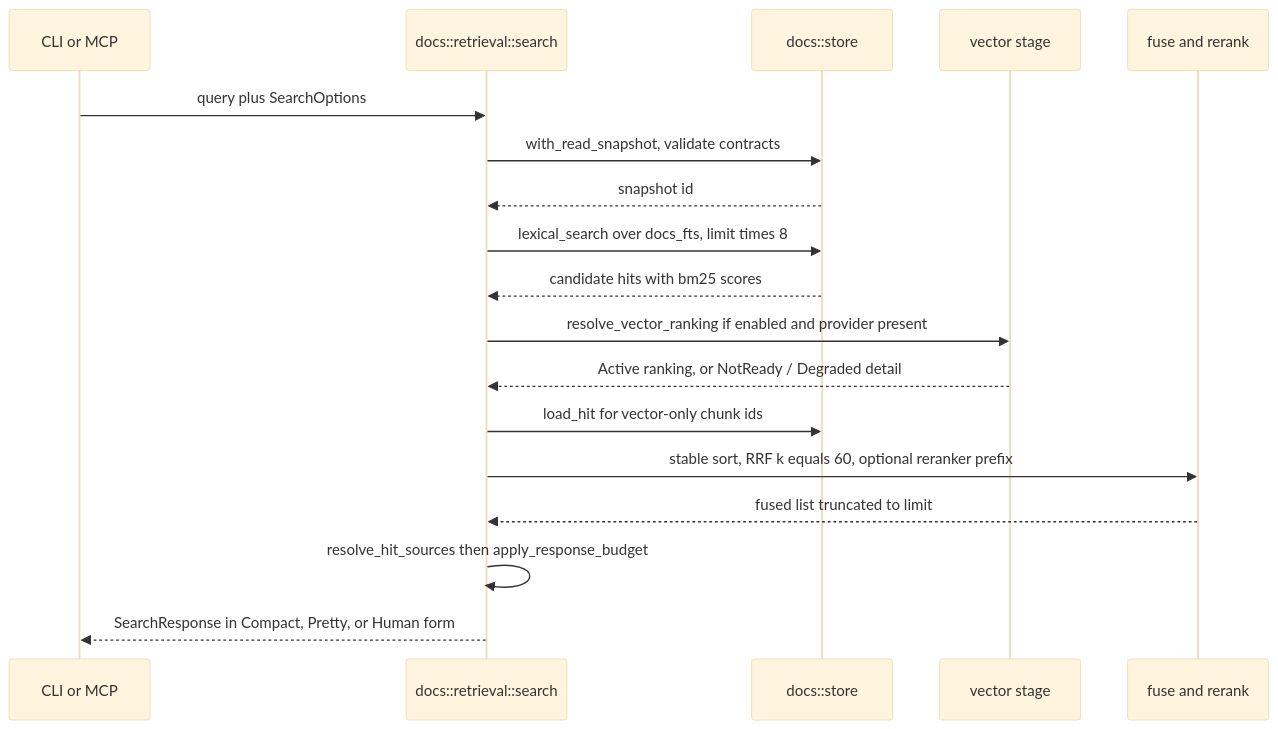
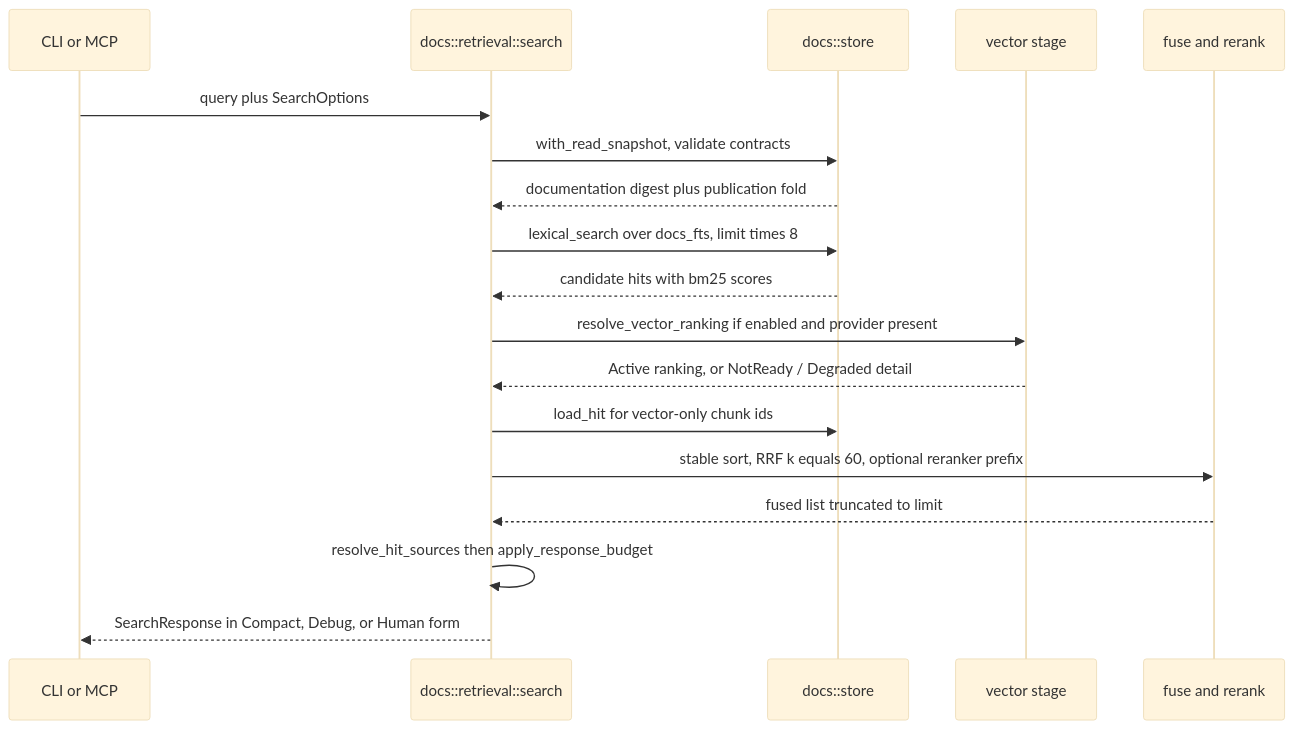
Before and after one commit to iantocristian/jscout: the third of 3 diagrams in docs/codebase-analysis/04-documentation-retrieval.md, drawn with Mermaid (base theme). The commit also changed other lines of this file and 10 other files, not shown here.

Commit message:
docs: refresh architecture analysis for plane identities

````diff
--- a/docs/codebase-analysis/04-documentation-retrieval.md
+++ b/docs/codebase-analysis/04-documentation-retrieval.md
@@ -122,20 +122,20 @@
 ```mermaid
 sequenceDiagram
   participant Caller as CLI or MCP
   participant Search as docs::retrieval::search
   participant Store as docs::store
   participant Vec as vector stage
   participant Rank as fuse and rerank
   Caller->>Search: query plus SearchOptions
   Search->>Store: with_read_snapshot, validate contracts
-  Store-->>Search: snapshot id
+  Store-->>Search: documentation digest plus publication fold
   Search->>Store: lexical_search over docs_fts, limit times 8
   Store-->>Search: candidate hits with bm25 scores
   Search->>Vec: resolve_vector_ranking if enabled and provider present
   Vec-->>Search: Active ranking, or NotReady / Degraded detail
   Search->>Store: load_hit for vector-only chunk ids
   Search->>Rank: stable sort, RRF k equals 60, optional reranker prefix
   Rank-->>Search: fused list truncated to limit
   Search->>Search: resolve_hit_sources then apply_response_budget
-  Search-->>Caller: SearchResponse in Compact, Pretty, or Human form
+  Search-->>Caller: SearchResponse in Compact, Debug, or Human form
 ```
````
